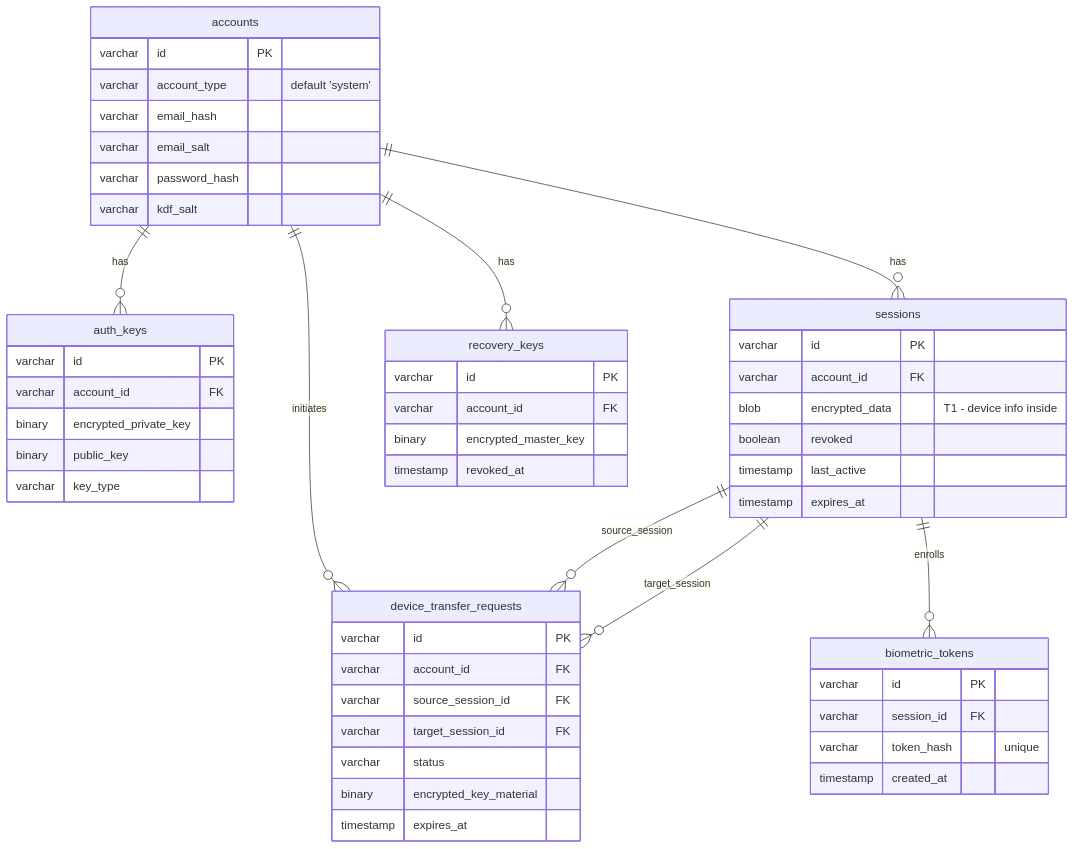
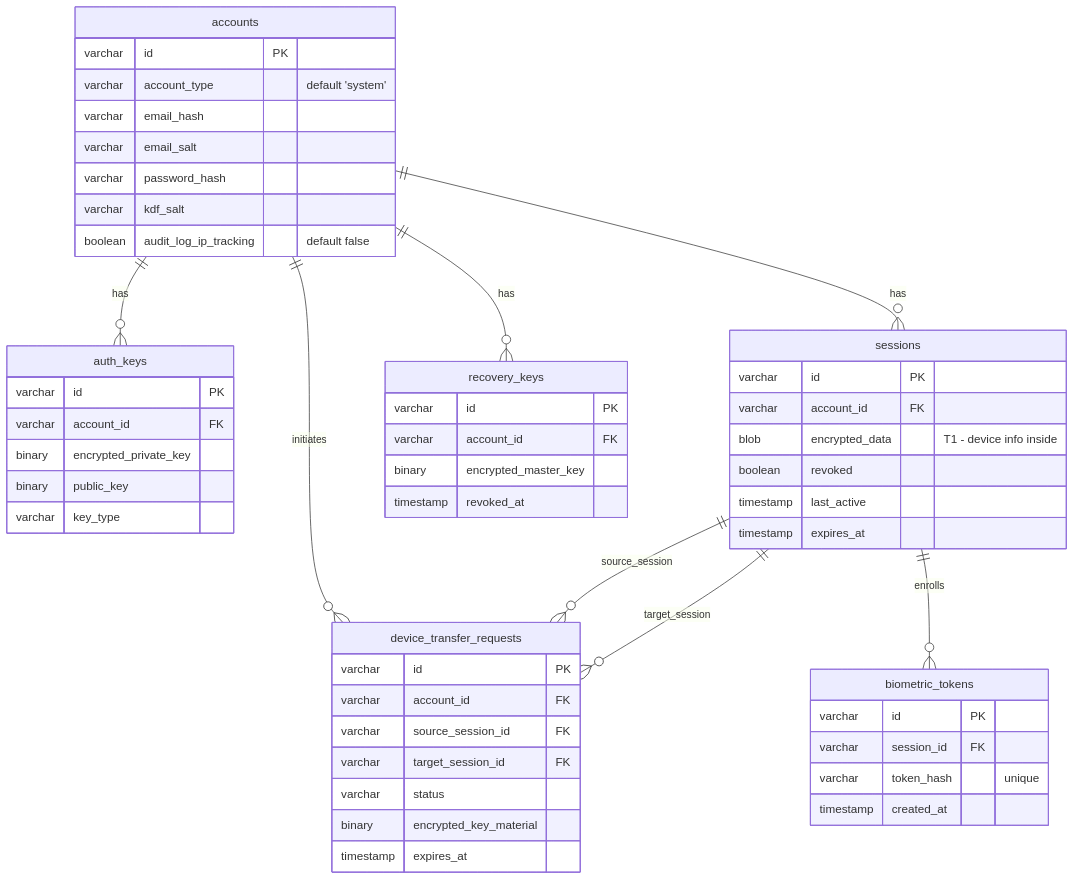
One commit to ThePrismSystem/pluralscape-mono changed the first of 22 diagrams in docs/database-schema.md. Above: the diagram before and after it, drawn with Mermaid. The commit also changed 78 other files, not shown here.

````diff
--- a/docs/database-schema.md
+++ b/docs/database-schema.md
@@ -22,60 +22,61 @@
 ```mermaid
 erDiagram
     accounts {
         varchar id PK
         varchar account_type "default 'system'"
         varchar email_hash
         varchar email_salt
         varchar password_hash
         varchar kdf_salt
+        boolean audit_log_ip_tracking "default false"
     }
 
     auth_keys {
         varchar id PK
         varchar account_id FK
         binary encrypted_private_key
         binary public_key
         varchar key_type
     }
 
     sessions {
         varchar id PK
         varchar account_id FK
         blob encrypted_data "T1 - device info inside"
         boolean revoked
         timestamp last_active
         timestamp expires_at
     }
 
     recovery_keys {
         varchar id PK
         varchar account_id FK
         binary encrypted_master_key
         timestamp revoked_at
     }
 
     device_transfer_requests {
         varchar id PK
         varchar account_id FK
         varchar source_session_id FK
         varchar target_session_id FK
         varchar status
         binary encrypted_key_material
         timestamp expires_at
     }
 
     biometric_tokens {
         varchar id PK
         varchar session_id FK
         varchar token_hash "unique"
         timestamp created_at
     }
 
     accounts ||--o{ auth_keys : "has"
     accounts ||--o{ sessions : "has"
     accounts ||--o{ recovery_keys : "has"
     accounts ||--o{ device_transfer_requests : "initiates"
     sessions ||--o{ device_transfer_requests : "source_session"
     sessions ||--o{ device_transfer_requests : "target_session"
     sessions ||--o{ biometric_tokens : "enrolls"
 ```
````
